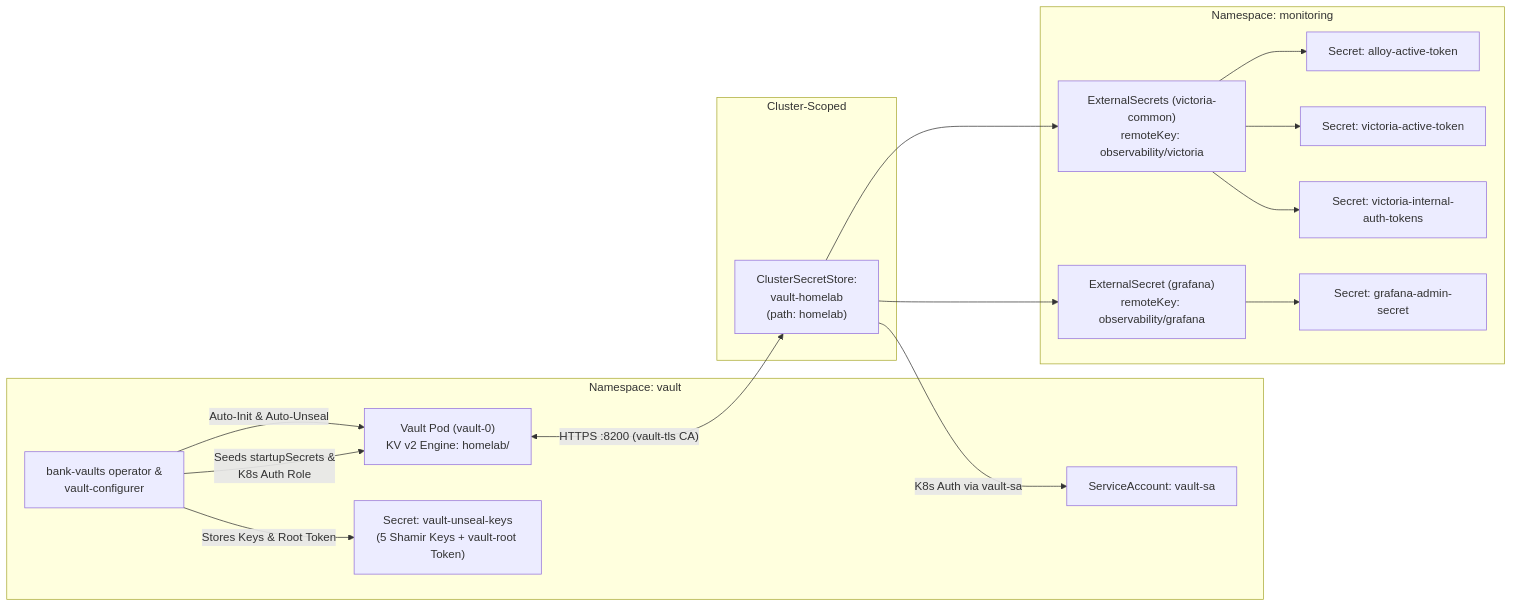
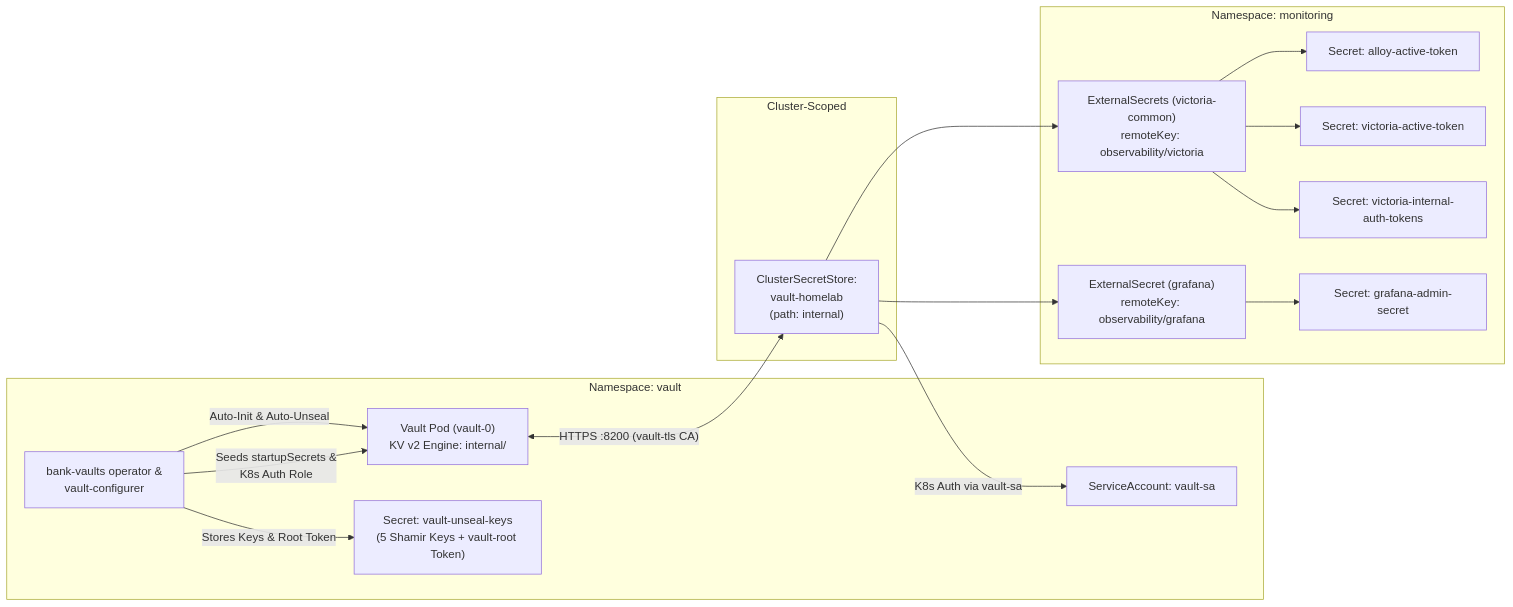
The second of 3 diagrams in README.md (zelinar/Infra_talos), drawn with Mermaid before and after one commit. The commit also changed other lines of this file and 24 other files, not shown here.

````diff
--- a/README.md
+++ b/README.md
@@ -128,31 +129,31 @@
 ```mermaid
 flowchart LR
     subgraph VaultNS["Namespace: vault"]
         BV["bank-vaults operator &\nvault-configurer"]
-        V["Vault Pod (vault-0)\nKV v2 Engine: homelab/"]
+        V["Vault Pod (vault-0)\nKV v2 Engine: internal/"]
         UK["Secret: vault-unseal-keys\n(5 Shamir Keys + vault-root Token)"]
         SA["ServiceAccount: vault-sa"]
         BV -- "Auto-Init & Auto-Unseal" --> V
         BV -- "Stores Keys & Root Token" --> UK
         BV -- "Seeds startupSecrets &\nK8s Auth Role" --> V
     end
 
     subgraph ClusterScope["Cluster-Scoped"]
-        CSS["ClusterSecretStore:\nvault-homelab\n(path: homelab)"]
+        CSS["ClusterSecretStore:\nvault-homelab\n(path: internal)"]
     end
 
     subgraph MonNS["Namespace: monitoring"]
         ES_V["ExternalSecrets (victoria-common)\nremoteKey: observability/victoria"]
         ES_G["ExternalSecret (grafana)\nremoteKey: observability/grafana"]
         S1["Secret: alloy-active-token"]
         S2["Secret: victoria-active-token"]
         S3["Secret: victoria-internal-auth-tokens"]
         S4["Secret: grafana-admin-secret"]
         ES_V --> S1 & S2 & S3
         ES_G --> S4
     end
 
     CSS -- "K8s Auth via vault-sa" --> SA
     V <-- "HTTPS :8200 (vault-tls CA)" --> CSS
     CSS --> ES_V & ES_G
 ```
````
